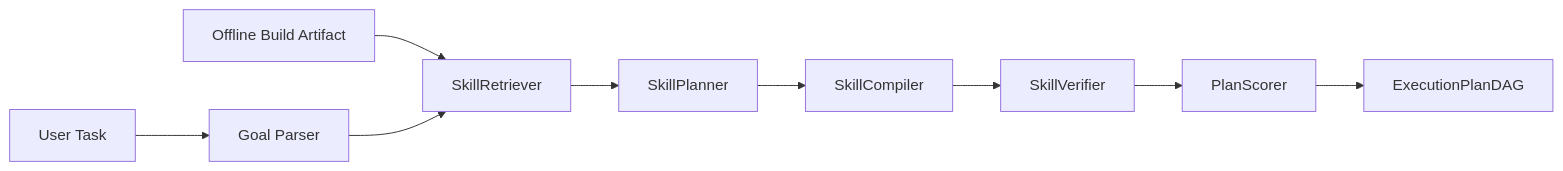
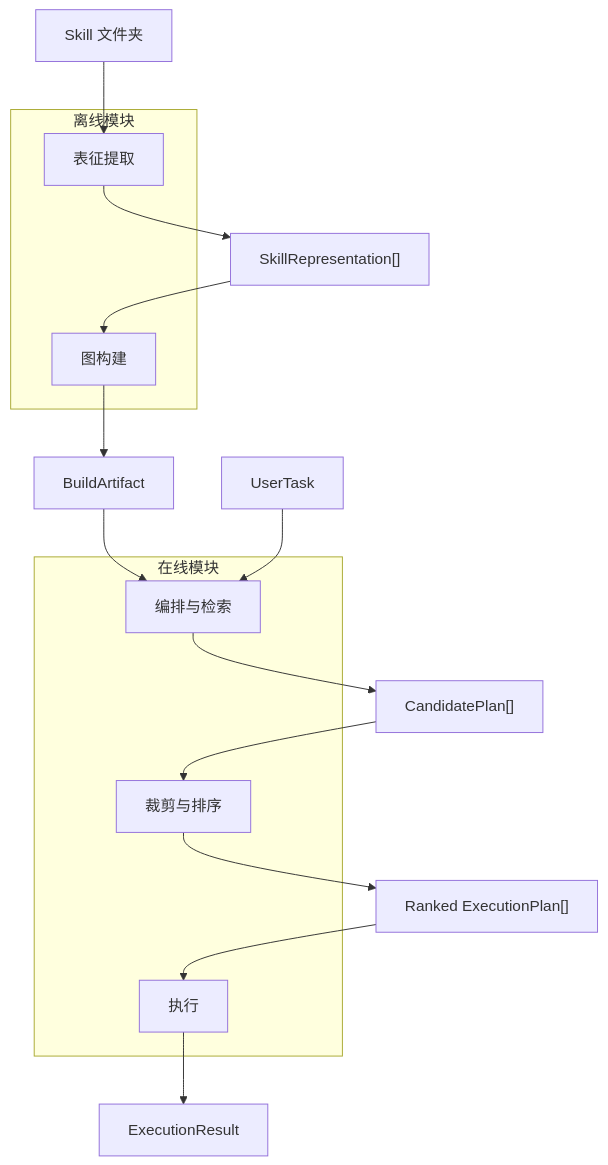
Before and after one commit to xiao-yu-lin/SkillMash: the third of 4 diagrams in docs/skill-orchestration-system-design.md, drawn with Mermaid. The commit also changed other lines of this file and 41 other files, not shown here.

Commit message:
Add representation extraction demo with LLM support

````diff
--- a/docs/skill-orchestration-system-design.md
+++ b/docs/skill-orchestration-system-design.md
@@ -402,11 +211,25 @@
 ```mermaid
-flowchart LR
-  Task["User Task"] --> Goal["Goal Parser"]
-  Artifact["Offline Build Artifact"] --> Retriever["SkillRetriever"]
-  Goal --> Retriever
-  Retriever --> Planner["SkillPlanner"]
-  Planner --> Compiler["SkillCompiler"]
-  Compiler --> Verifier["SkillVerifier"]
-  Verifier --> Scorer["PlanScorer"]
-  Scorer --> Plan["ExecutionPlanDAG"]
+flowchart TB
+  subgraph Offline["离线模块"]
+    Extraction["表征提取"]
+    GraphBuild["图构建"]
+  end
+
+  subgraph Online["在线模块"]
+    Retrieval["编排与检索"]
+    Ranking["裁剪与排序"]
+    Execution["执行"]
+  end
+
+  Raw["Skill 文件夹"] --> Extraction
+  Extraction --> Repr["SkillRepresentation[]"]
+  Repr --> GraphBuild
+  GraphBuild --> Artifact["BuildArtifact"]
+  Artifact --> Retrieval
+  Task["UserTask"] --> Retrieval
+  Retrieval --> Candidates["CandidatePlan[]"]
+  Candidates --> Ranking
+  Ranking --> Plans["Ranked ExecutionPlan[]"]
+  Plans --> Execution
+  Execution --> Results["ExecutionResult"]
 ```
````
